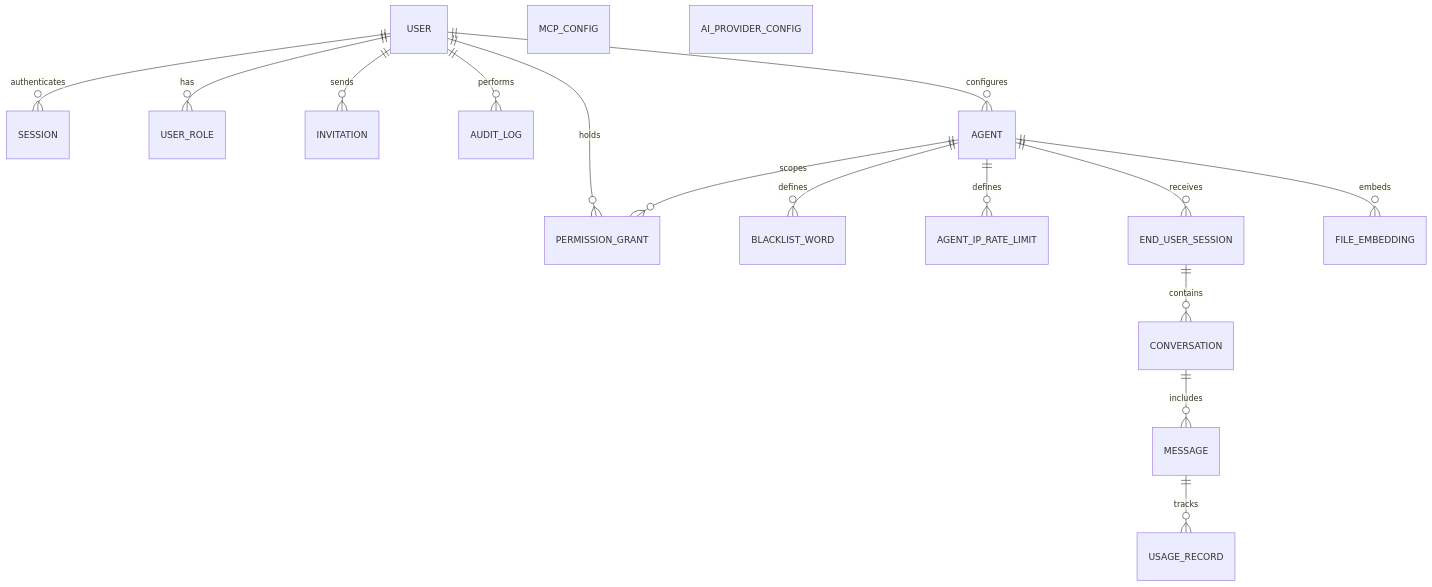
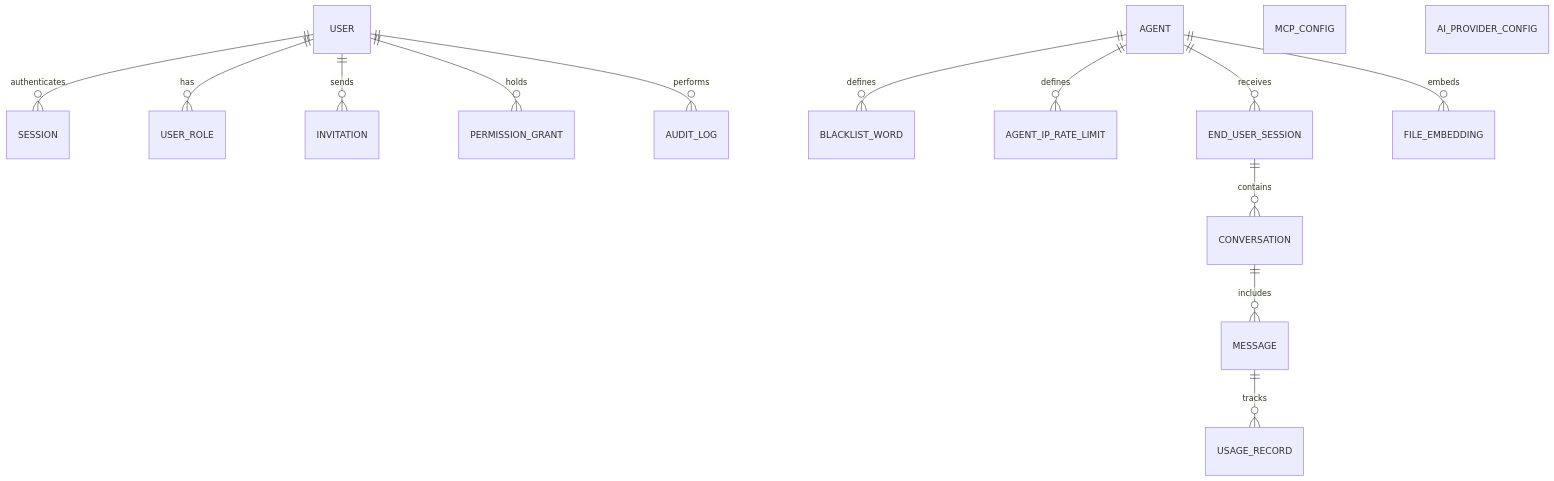
Before and after one commit to Talqo/talqo: the diagram in docs/ERD.md, drawn with Mermaid. The commit also changed 53 other files, not shown here.

````diff
--- a/docs/ERD.md
+++ b/docs/ERD.md
@@ -5,40 +5,38 @@
 ```mermaid
 erDiagram
     USER
     SESSION
     USER_ROLE
     INVITATION
     PERMISSION_GRANT
     AUDIT_LOG
 
     AGENT
     BLACKLIST_WORD
     AGENT_IP_RATE_LIMIT
 
     MCP_CONFIG
     AI_PROVIDER_CONFIG
 
     END_USER_SESSION
     CONVERSATION
     MESSAGE
 
     FILE_EMBEDDING
     USAGE_RECORD
 
     USER ||--o{ SESSION : authenticates
     USER ||--o{ USER_ROLE : has
     USER ||--o{ INVITATION : sends
     USER ||--o{ PERMISSION_GRANT : holds
     USER ||--o{ AUDIT_LOG : performs
 
-    USER ||--o{ AGENT : configures
-    AGENT ||--o{ PERMISSION_GRANT : scopes
     AGENT ||--o{ BLACKLIST_WORD : defines
     AGENT ||--o{ AGENT_IP_RATE_LIMIT : defines
     AGENT ||--o{ FILE_EMBEDDING : embeds
 
     AGENT ||--o{ END_USER_SESSION : receives
     END_USER_SESSION ||--o{ CONVERSATION : contains
     CONVERSATION ||--o{ MESSAGE : includes
     MESSAGE ||--o{ USAGE_RECORD : tracks
 ```
````
